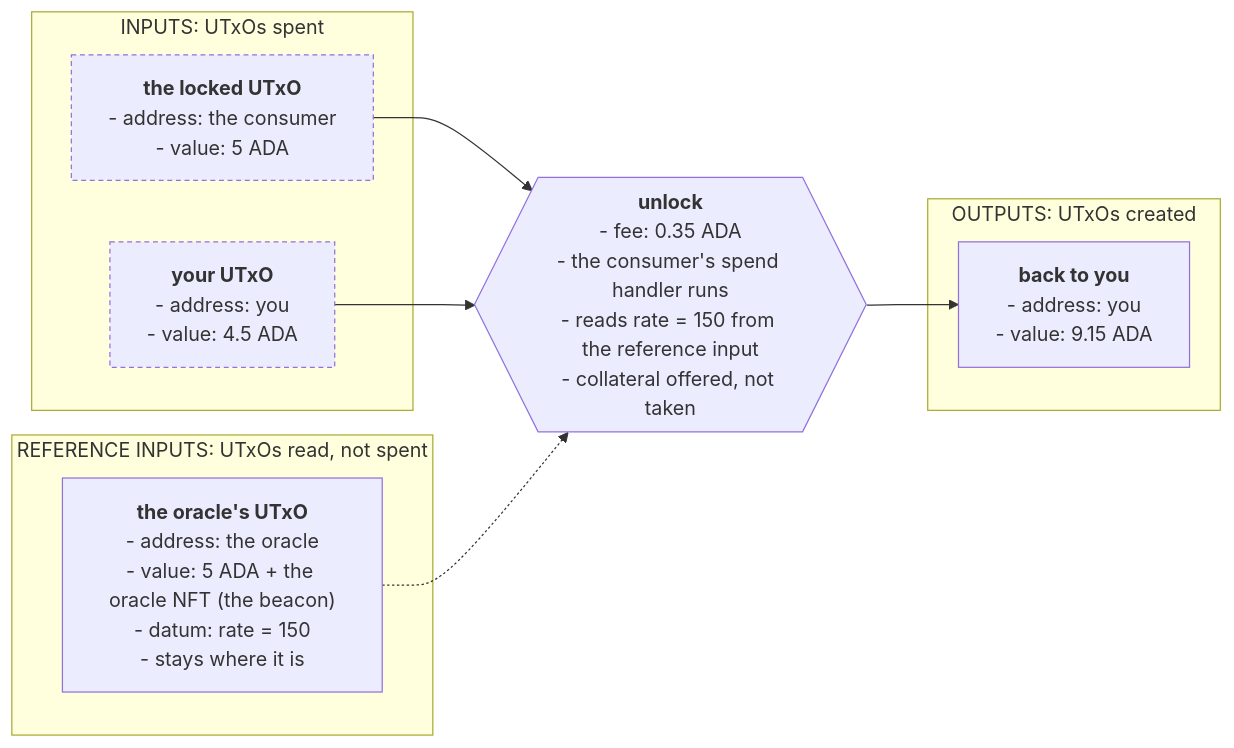
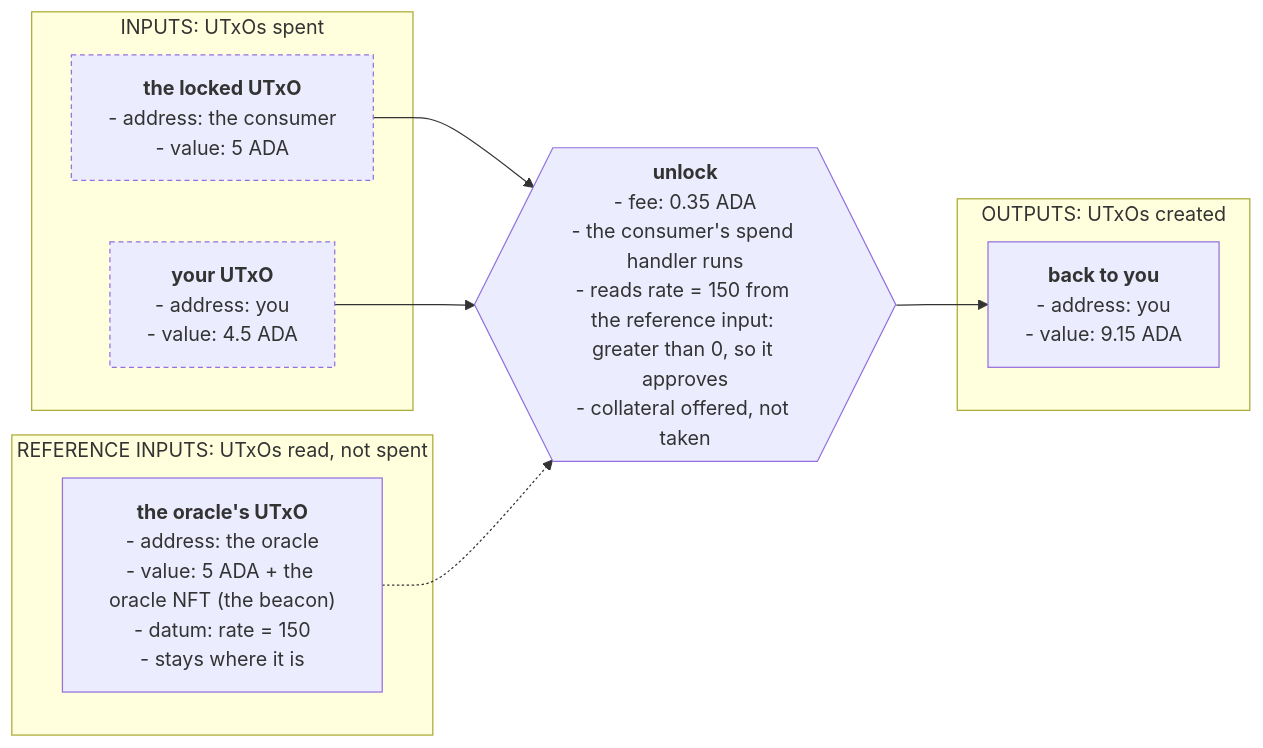
Before and after one commit to cardano-foundation/developer-portal: the third of 3 diagrams in docs/developers/onboarding/lectures/intermediate/13-reference-inputs-and-scripts.md, drawn with Mermaid. The commit also changed other lines of this file, not shown here.

Commit message:
Base the reference script example in lecture 13 on the oracle update and explain the consumer

````diff
--- a/docs/developers/onboarding/lectures/intermediate/13-reference-inputs-and-scripts.md
+++ b/docs/developers/onboarding/lectures/intermediate/13-reference-inputs-and-scripts.md
@@ -125,38 +126,38 @@
 ```mermaid
 flowchart LR
     subgraph IN["INPUTS: UTxOs spent"]
         I1["`**the locked UTxO**
         - address: the consumer
         - value: 5 ADA`"]
         I2["`**your UTxO**
         - address: you
         - value: 4.5 ADA`"]
     end
 
     subgraph REF["REFERENCE INPUTS: UTxOs read, not spent"]
         R["`**the oracle's UTxO**
         - address: the oracle
         - value: 5 ADA + the oracle NFT (the beacon)
         - datum: rate = 150
         - stays where it is`"]
     end
 
     TX{{"`**unlock**
     - fee: 0.35 ADA
     - the consumer's spend handler runs
-    - reads rate = 150 from the reference input
+    - reads rate = 150 from the reference input: greater than 0, so it approves
     - collateral offered, not taken`"}}
 
     subgraph OUT["OUTPUTS: UTxOs created"]
         O["`**back to you**
         - address: you
         - value: 9.15 ADA`"]
     end
 
     I1 --> TX --> O
     I2 --> TX
     R -.-> TX
 
     style I1 stroke-dasharray:4 3
     style I2 stroke-dasharray:4 3
 ```
````
